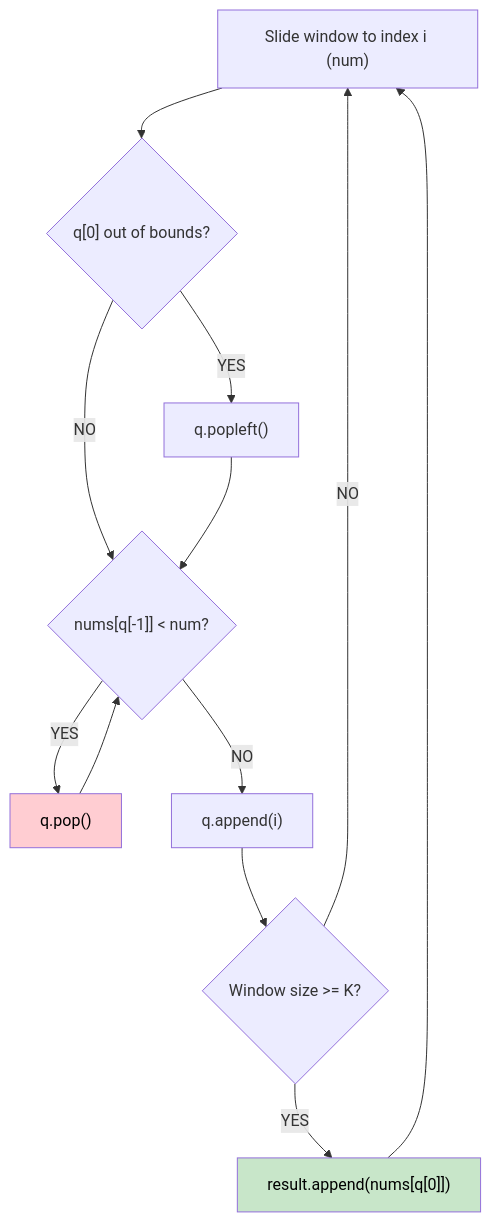
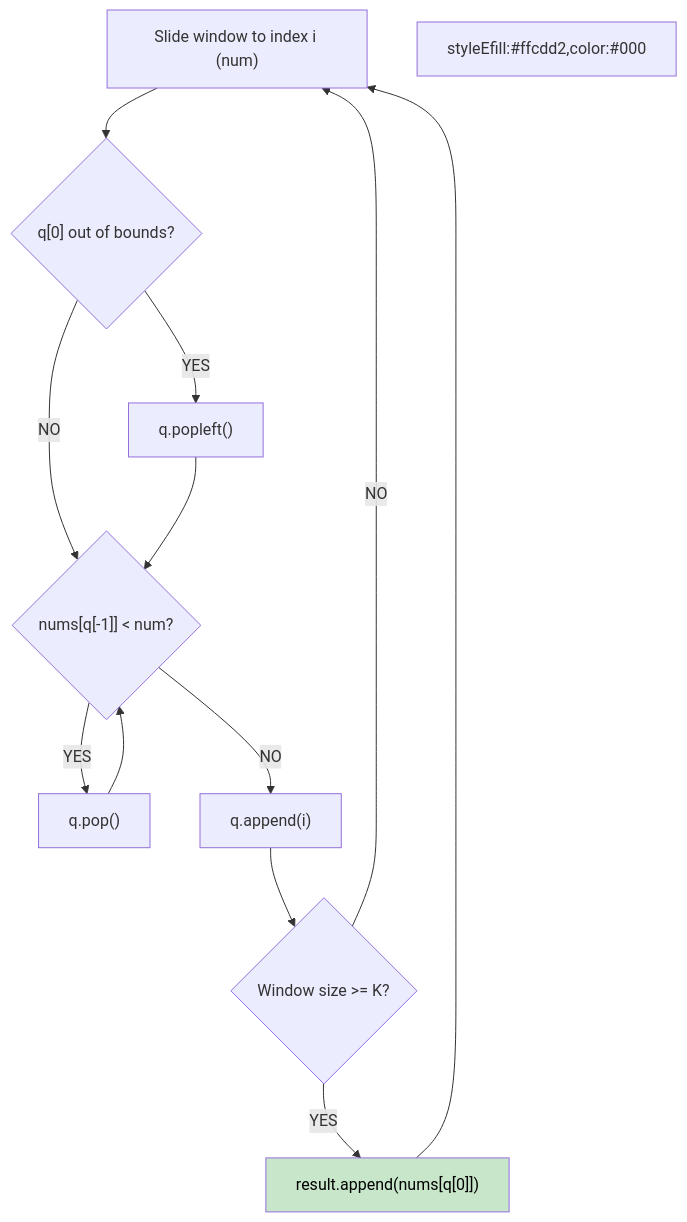
One commit to vadde/DSA changed the diagram in 33 - Monotonic Queue Pattern/problem_03_sliding_window_maximum_walkthrough.md. Above: the diagram before and after it, drawn with Mermaid. The commit also changed 245 other files, not shown here.

First line of the commit message:
fix: Forensic fix of all Mermaid rendering issues across entire DSA repo + add pre-commit validation infrastructure

````diff
--- a/33 - Monotonic Queue Pattern/problem_03_sliding_window_maximum_walkthrough.md
+++ b/33 - Monotonic Queue Pattern/problem_03_sliding_window_maximum_walkthrough.md
@@ -31,17 +31,17 @@
 ```mermaid
 flowchart TD
     A["Slide window to index i (num)"] --> B{"q[0] out of bounds?"}
     B -->|YES| C["q.popleft()"]
     B -->|NO| D
     C --> D{"nums[q[-1]] < num?"}
     D -->|YES| E["q.pop()"]
     E --> D
-    D -->|NO| F["q.append(i)"]
+D -->|NO| F["q.append(i)"]
     F --> G{"Window size >= K?"}
     G -->|YES| H["result.append(nums[q[0]])"]
     G -->|NO| A
     H --> A
-    
-    style E fill:#ffcdd2,color:#000
+
+styleEfill:#ffcdd2,color:#000
     style H fill:#c8e6c9,color:#000
 ```
````
